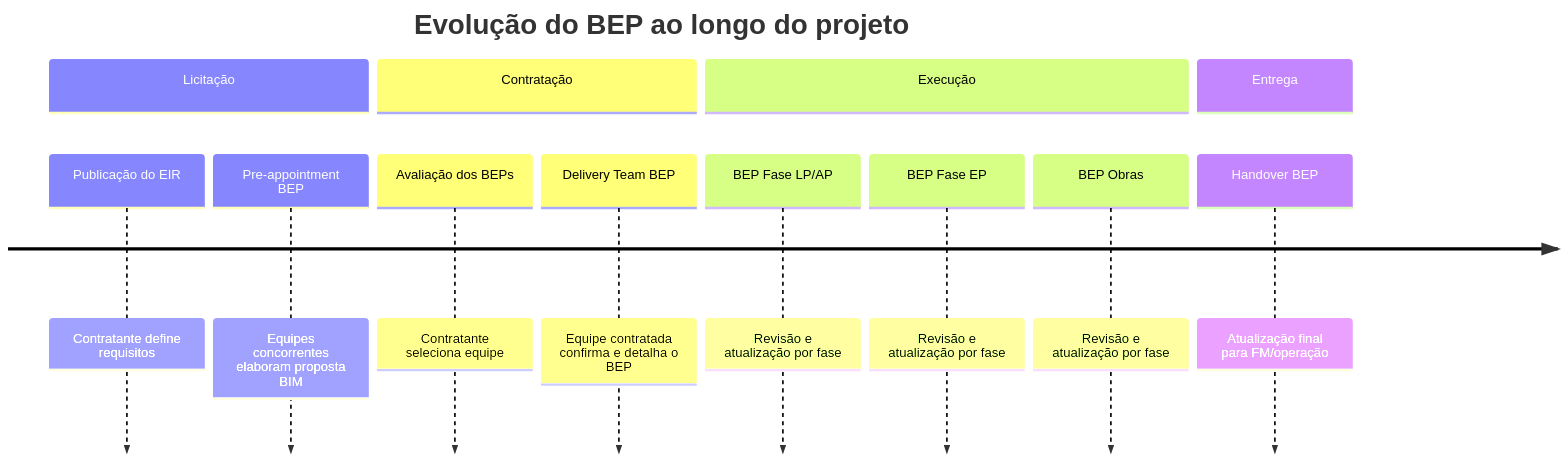
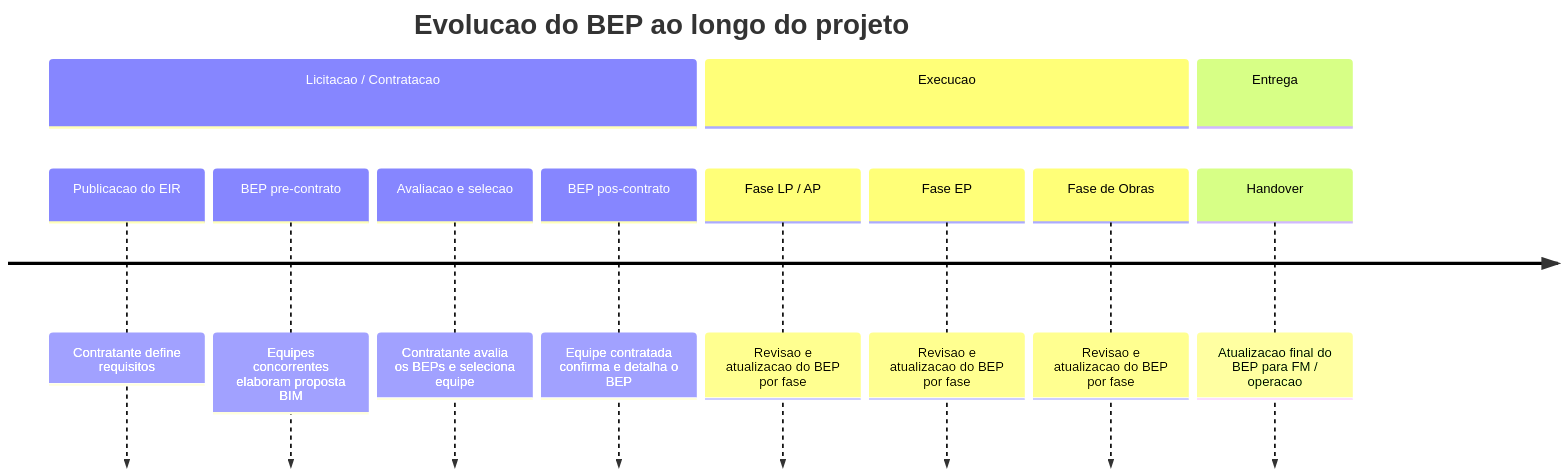
One commit to 255ribeiro/intro_ifc changed the second of 9 diagrams in docs/bep/bep-bim-material.md. Above: the diagram before and after it, drawn with Mermaid. The commit also changed other lines of this file and 2 other files, not shown here.

Commit message:
mermaid diagram css

````diff
--- a/docs/bep/bep-bim-material.md
+++ b/docs/bep/bep-bim-material.md
@@ -73,16 +78,15 @@
 ```mermaid
 timeline
-    title Evolução do BEP ao longo do projeto
-    section Licitação
-        Publicação do EIR : Contratante define requisitos
-        Pre-appointment BEP : Equipes concorrentes elaboram proposta BIM
-    section Contratação
-        Avaliação dos BEPs : Contratante seleciona equipe
-        Delivery Team BEP  : Equipe contratada confirma e detalha o BEP
-    section Execução
-        BEP Fase LP/AP  : Revisão e atualização por fase
-        BEP Fase EP     : Revisão e atualização por fase
-        BEP Obras       : Revisão e atualização por fase
+    title Evolucao do BEP ao longo do projeto
+    section Licitacao / Contratacao
+        Publicacao do EIR : Contratante define requisitos
+        BEP pre-contrato  : Equipes concorrentes elaboram proposta BIM
+        Avaliacao e selecao : Contratante avalia os BEPs e seleciona equipe
+        BEP pos-contrato  : Equipe contratada confirma e detalha o BEP
+    section Execucao
+        Fase LP / AP      : Revisao e atualizacao do BEP por fase
+        Fase EP           : Revisao e atualizacao do BEP por fase
+        Fase de Obras     : Revisao e atualizacao do BEP por fase
     section Entrega
-        Handover BEP    : Atualização final para FM/operação
+        Handover          : Atualizacao final do BEP para FM / operacao
 ```
````
